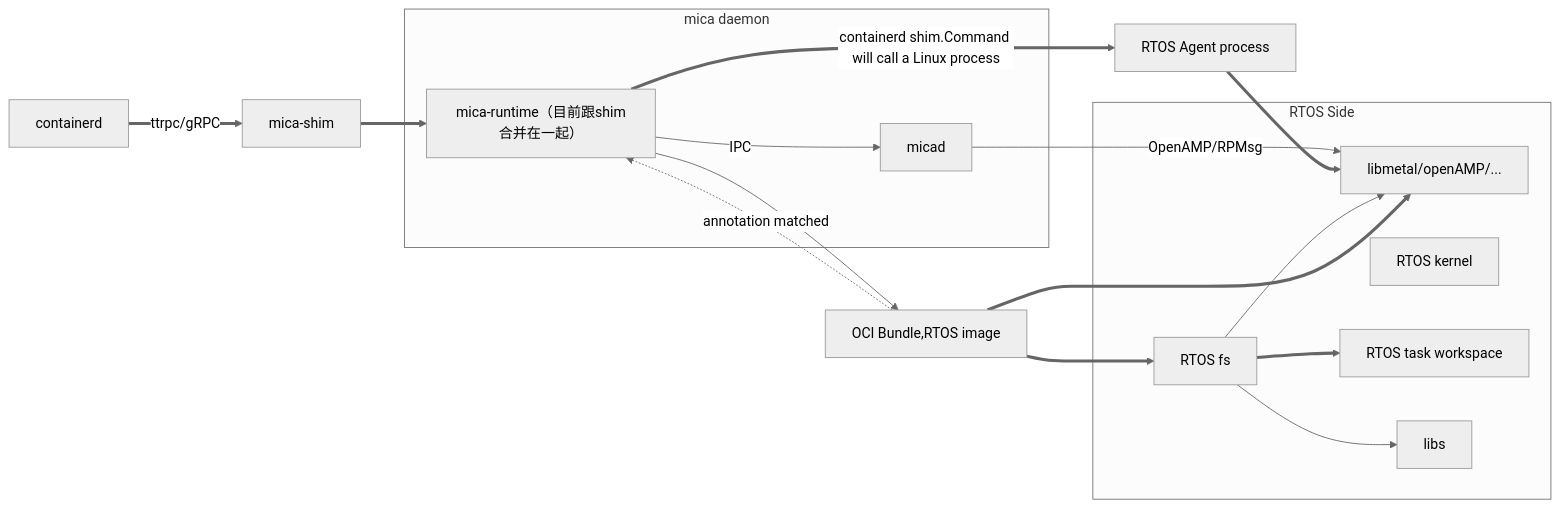
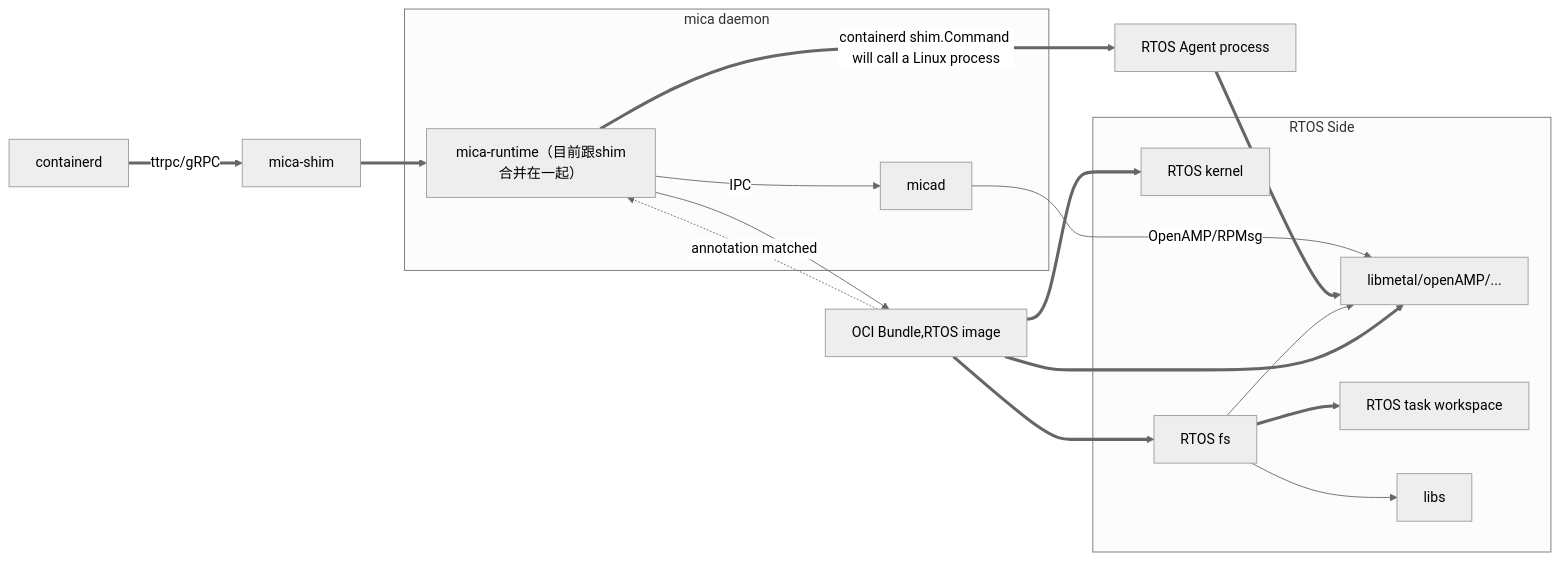
The diagram in all/未命名.md (Egg12138/iodraw-files), drawn with Mermaid (neutral theme) before and after one commit.

Commit message:
2025-06-23 09:23:22 update

````diff
--- a/all/未命名.md
+++ b/all/未命名.md
@@ -1,26 +1,26 @@
 ```mermaid
 graph LR
     CD[containerd] ==>|ttrpc/gRPC| S
     S[mica-shim] ==> MR
     MR[mica-runtime（目前跟shim合并在一起）] -->|IPC| A[micad]
     MR -->C[OCI Bundle,RTOS image]
     MR ==>|containerd shim.Command will call a Linux process|AG[RTOS Agent process]
     A -->|OpenAMP/RPMsg| B[RTOS Remote Core]
     C -.->|annotation matched| MR
     AG ==>B
     subgraph RTOS Side
         K[RTOS kernel]
         B[libmetal/openAMP/...]
         D[RTOS fs] ==> E
         D --> L[libs]
         D --> B
         E[RTOS task workspace]
     end
     C==>B
     C==>D
- 
+    C==>K
     subgraph mica daemon
         A
         MR
     end
 ```
````
